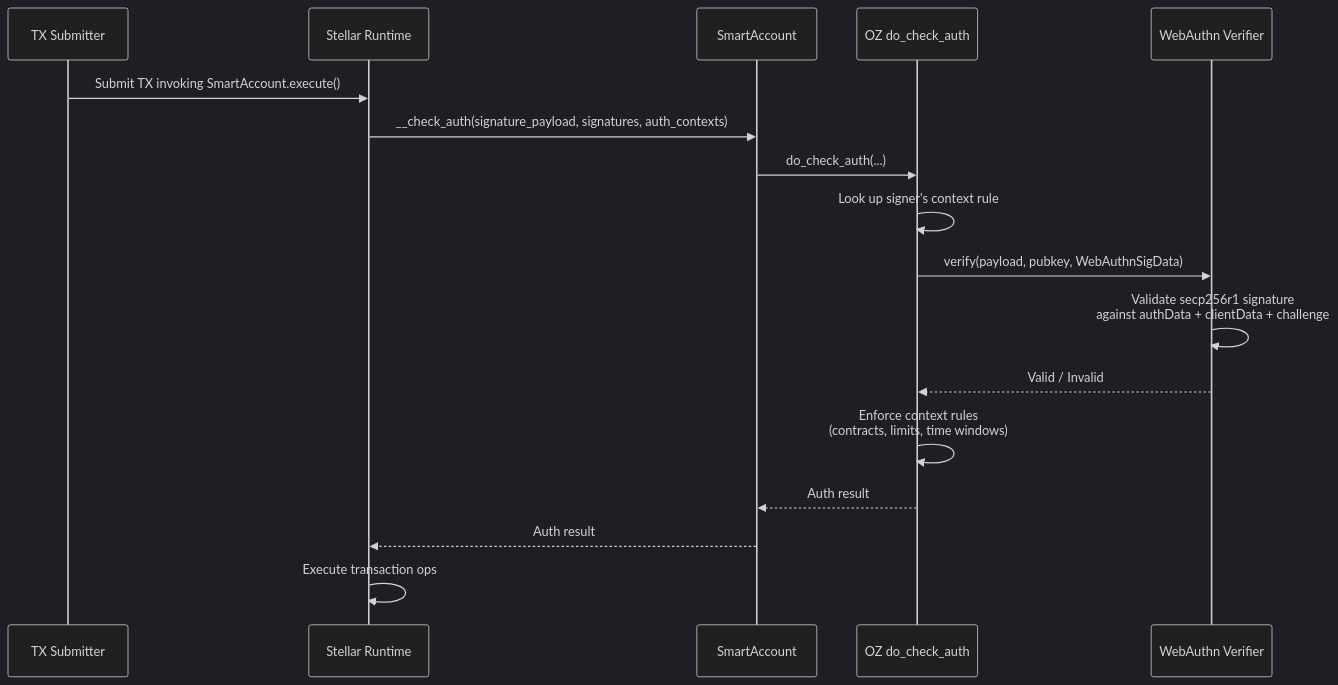
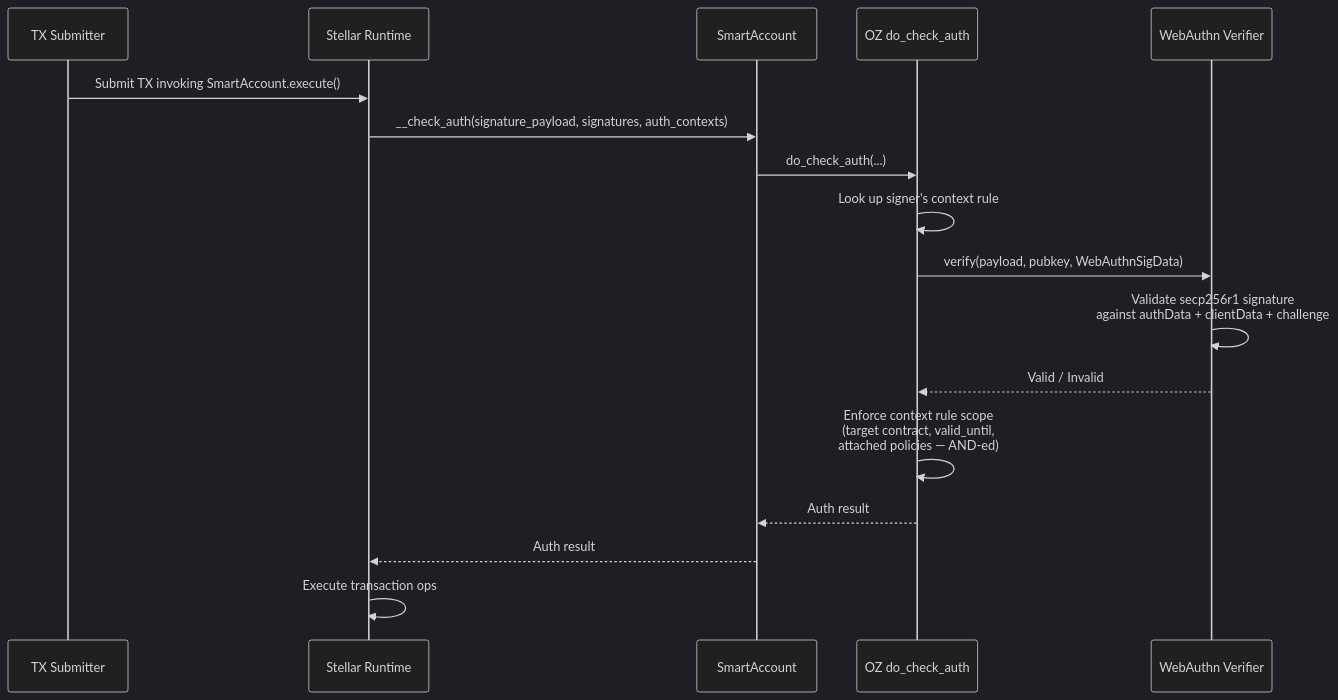
The fourth of 5 diagrams in ARCHITECTURE.md (nidohq/nido), drawn with Mermaid (dark theme) before and after one commit. The commit also changed other lines of this file, not shown here.

Commit message:
WIP Claude architecture.md update: 6. Architecture Diagrams

````diff
--- a/ARCHITECTURE.md
+++ b/ARCHITECTURE.md
@@ -239,22 +288,22 @@
 ```mermaid
 sequenceDiagram
     participant Submitter as TX Submitter
     participant Stellar as Stellar Runtime
     participant SA as SmartAccount
     participant OZ as OZ do_check_auth
     participant WV as WebAuthn Verifier
 
     Submitter->>Stellar: Submit TX invoking SmartAccount.execute()
     Stellar->>SA: __check_auth(signature_payload, signatures, auth_contexts)
     SA->>OZ: do_check_auth(...)
 
     OZ->>OZ: Look up signer's context rule
     OZ->>WV: verify(payload, pubkey, WebAuthnSigData)
     WV->>WV: Validate secp256r1 signature<br/>against authData + clientData + challenge
     WV-->>OZ: Valid / Invalid
 
-    OZ->>OZ: Enforce context rules<br/>(contracts, limits, time windows)
+    OZ->>OZ: Enforce context rule scope<br/>(target contract, valid_until,<br/>attached policies — AND-ed)
     OZ-->>SA: Auth result
     SA-->>Stellar: Auth result
     Stellar->>Stellar: Execute transaction ops
 ```
````
